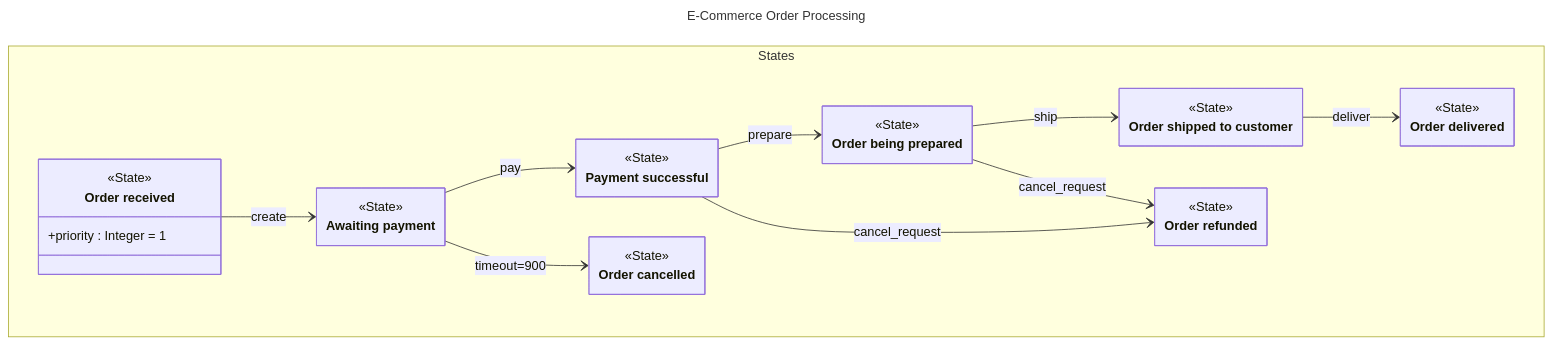
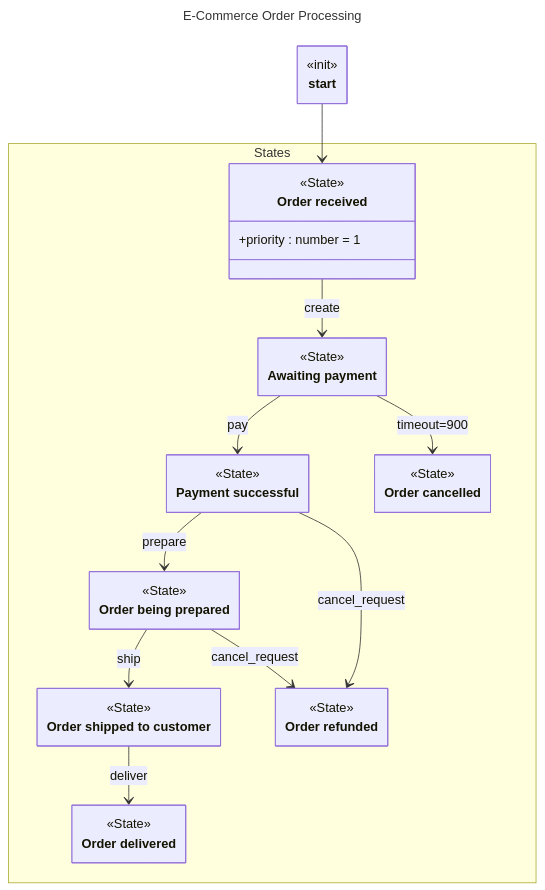
One commit to christopherdebeer/machine changed the diagram in test-output/generative/order_processing.md. Above: the diagram before and after it, drawn with Mermaid. The commit also changed other lines of this file and 3 other files, not shown here.

````diff
--- a/test-output/generative/order_processing.md
+++ b/test-output/generative/order_processing.md
@@ -56,61 +60,67 @@
 ```mermaid
 ---
 "title": "E-Commerce Order Processing"
 config:
     class:
         hideEmptyMembersBox: true
 ---
 classDiagram-v2
-  namespace States {
+    class start {
+    <<init>>
+  }
+
+namespace States {
   class new_order["Order received"] {
     <<State>>
-    +priority : Integer = 1
+    +priority : number = 1
   }
 
   class payment_pending["Awaiting payment"] {
     <<State>>
   }
 
   class payment_confirmed["Payment successful"] {
     <<State>>
   }
 
   class preparing["Order being prepared"] {
     <<State>>
   }
 
   class shipped["Order shipped to customer"] {
     <<State>>
   }
 
   class delivered["Order delivered"] {
     <<State>>
   }
 
   class cancelled["Order cancelled"] {
     <<State>>
   }
 
   class refunded["Order refunded"] {
     <<State>>
   }
 }
-    new_order --> payment_pending : create
+    start --> new_order
+
+  new_order --> payment_pending : create
 
   payment_pending --> payment_confirmed : pay
 
   payment_confirmed --> preparing : prepare
 
   preparing --> shipped : ship
 
   shipped --> delivered : deliver
 
   payment_pending --> cancelled : timeout=900
 
   payment_confirmed --> refunded : cancel_request
 
   preparing --> refunded : cancel_request
   
   
 
 ```
````
